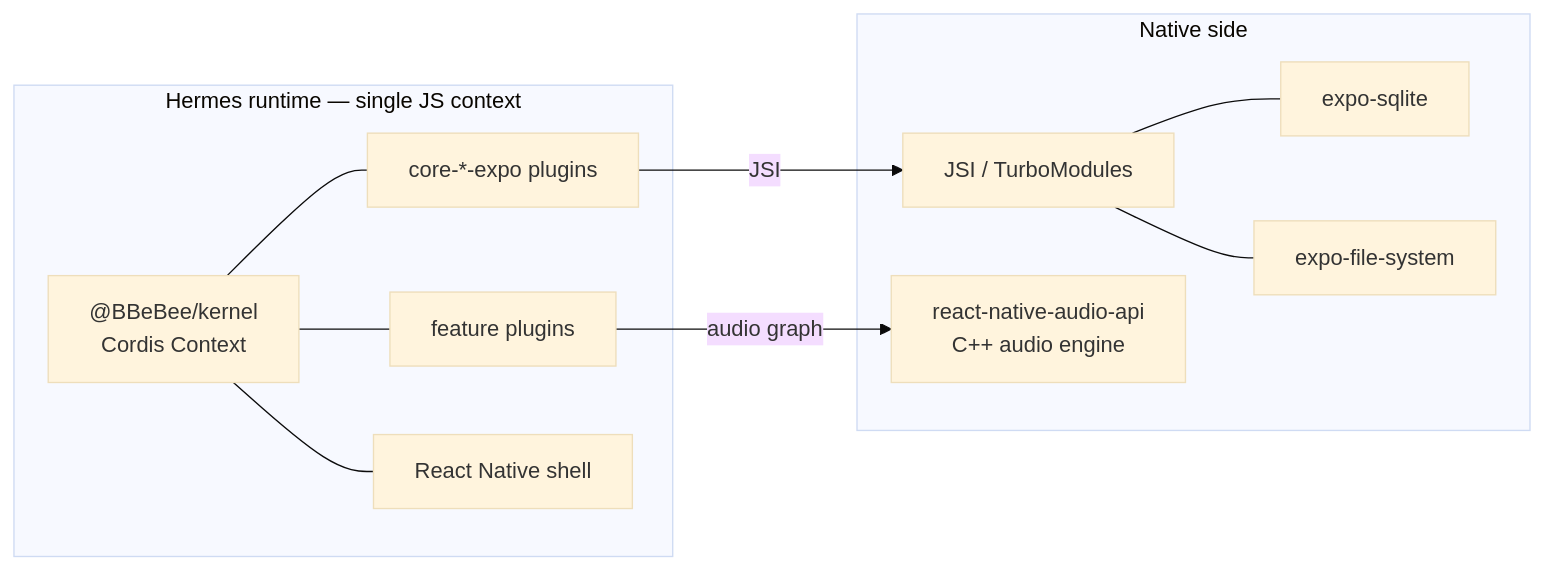
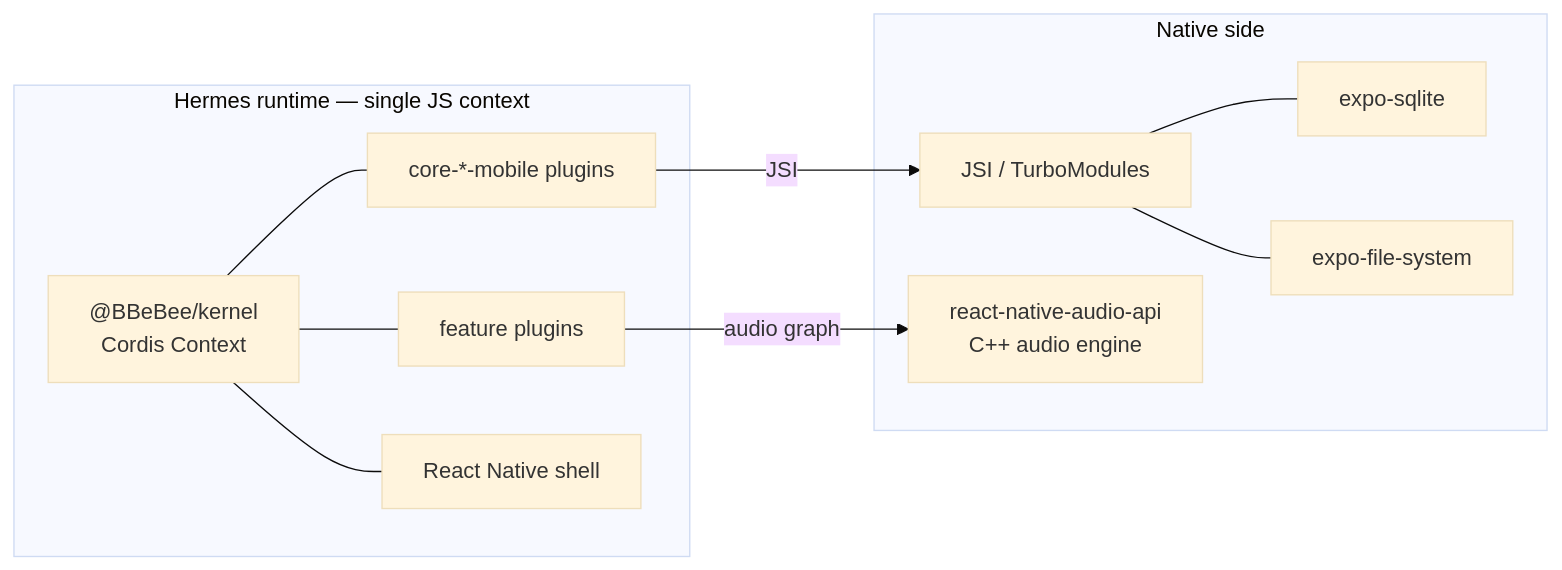
Before and after one commit to BBeBeeX/BBeBee: the second of 4 diagrams in docs/architecture/layers.md, drawn with Mermaid (base theme). The commit also changed other lines of this file and 152 other files, not shown here.

````diff
--- a/docs/architecture/layers.md
+++ b/docs/architecture/layers.md
@@ -260,22 +260,22 @@
 ```mermaid
 flowchart LR
     subgraph Hermes["Hermes runtime — single JS context"]
         KM["@BBeBee/kernel<br/>Cordis Context"]
-        CM["core-*-expo plugins"]
+        CM["core-*-mobile plugins"]
         FM["feature plugins"]
         UM["React Native shell"]
         KM --- CM
         KM --- FM
         KM --- UM
     end
     subgraph Native["Native side"]
         JSI["JSI / TurboModules"]
         AU["react-native-audio-api<br/>C++ audio engine"]
         SQ["expo-sqlite"]
         FSN["expo-file-system"]
     end
     CM -->|JSI| JSI
     JSI --- SQ
     JSI --- FSN
     FM -->|audio graph| AU
 ```
````
